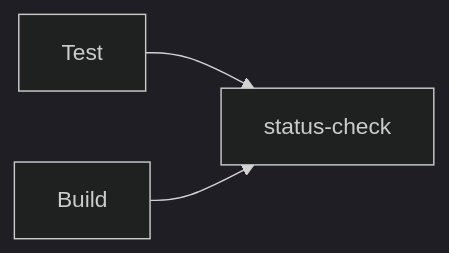
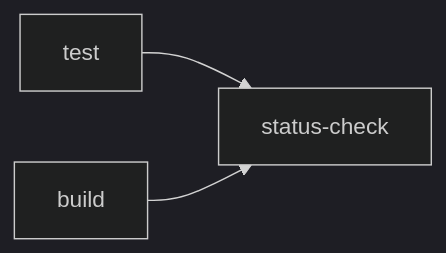
One commit to suzuki-shunsuke/example-required-status-check-action changed the first of 2 diagrams in README.md. Above: the diagram before and after it, drawn with Mermaid (dark theme). The commit also changed other lines of this file and 1 other file, not shown here.

````diff
--- a/README.md
+++ b/README.md
@@ -16,5 +16,5 @@
 ```mermaid
 graph LR;
-    Test-->status-check;
-    Build-->status-check;
+    test-->status-check;
+    build-->status-check;
 ```
````
